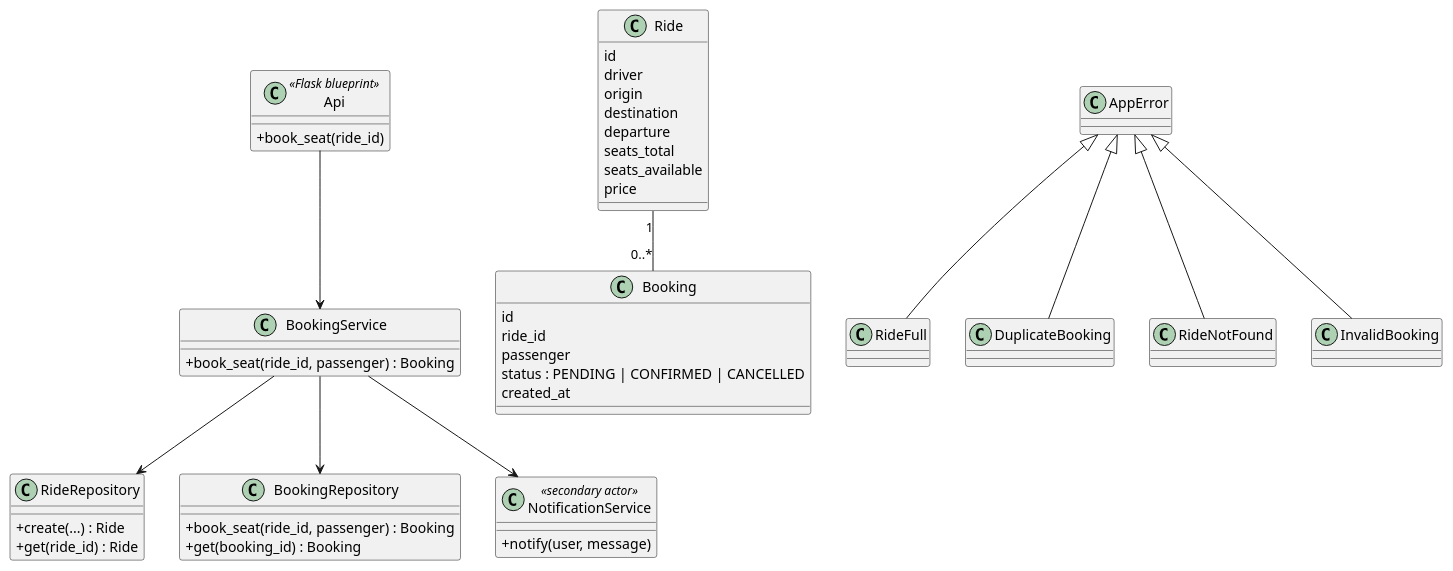
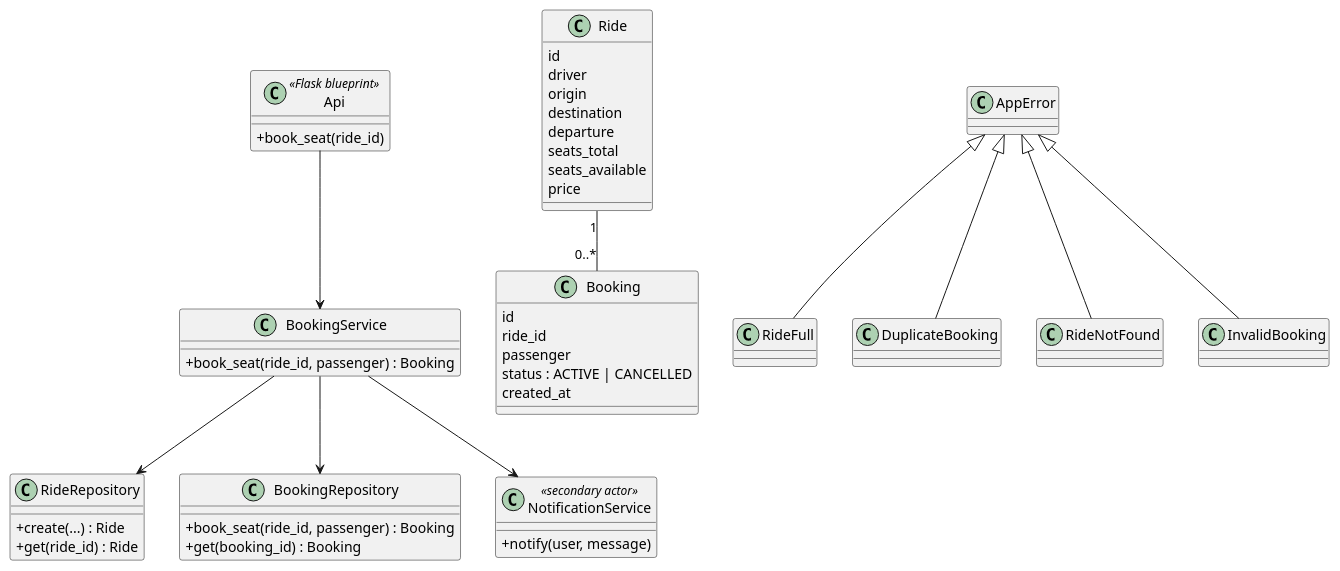
One commit to alaa-ilehi/Wasalni changed the diagram in docs/uml/uc3-class.puml. Above: the diagram before and after it, drawn with PlantUML. The commit also changed 9 other files, not shown here.

First line of the commit message:
refactor: drop retired payment flow, single ACTIVE booking state

```diff
--- a/docs/uml/uc3-class.puml
+++ b/docs/uml/uc3-class.puml
@@ -1,53 +1,53 @@
 @startuml
 skinparam classAttributeIconSize 0
 
 class Api <<Flask blueprint>> {
   +book_seat(ride_id)
 }
 class BookingService {
   +book_seat(ride_id, passenger) : Booking
 }
 class RideRepository {
   +create(...) : Ride
   +get(ride_id) : Ride
 }
 class BookingRepository {
   +book_seat(ride_id, passenger) : Booking
   +get(booking_id) : Booking
 }
 class NotificationService <<secondary actor>> {
   +notify(user, message)
 }
 class Ride {
   id
   driver
   origin
   destination
   departure
   seats_total
   seats_available
   price
 }
 class Booking {
   id
   ride_id
   passenger
-  status : PENDING | CONFIRMED | CANCELLED
+  status : ACTIVE | CANCELLED
   created_at
 }
 class AppError
 class RideFull
 class DuplicateBooking
 class RideNotFound
 class InvalidBooking
 
 Api --> BookingService
 BookingService --> RideRepository
 BookingService --> BookingRepository
 BookingService --> NotificationService
 Ride "1" -- "0..*" Booking
 AppError <|-- RideFull
 AppError <|-- DuplicateBooking
 AppError <|-- RideNotFound
 AppError <|-- InvalidBooking
 @enduml
```
